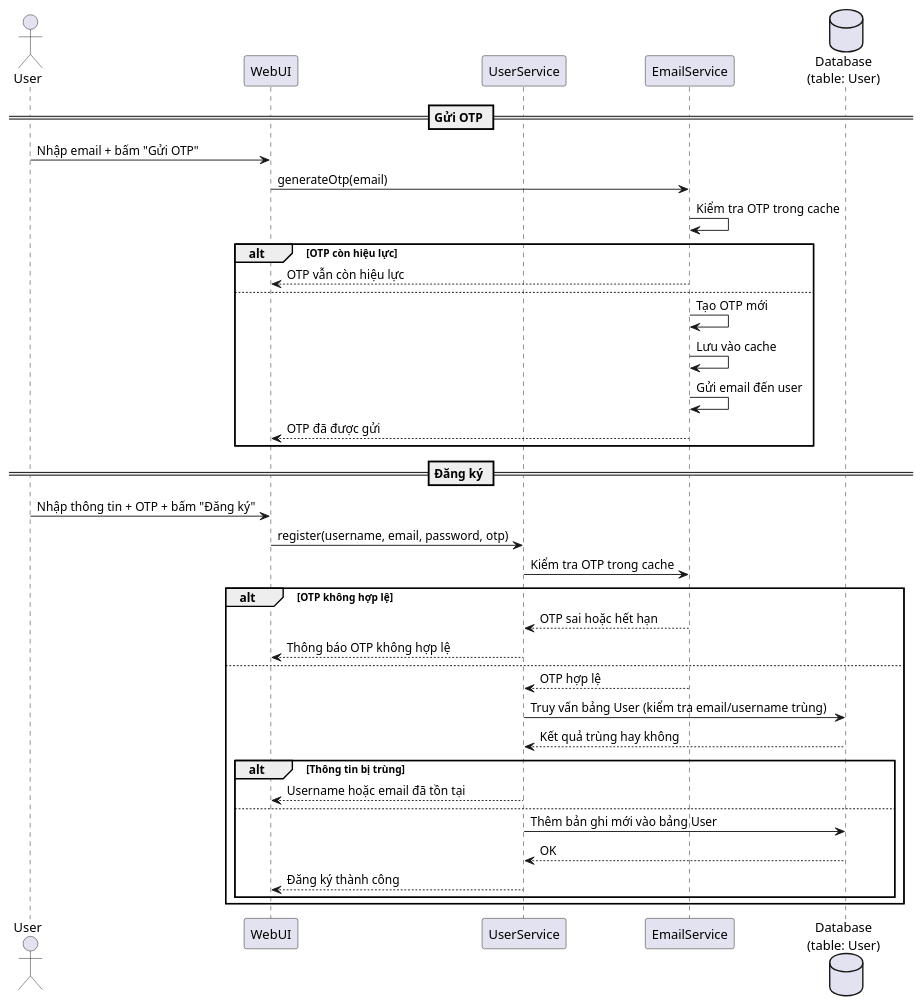
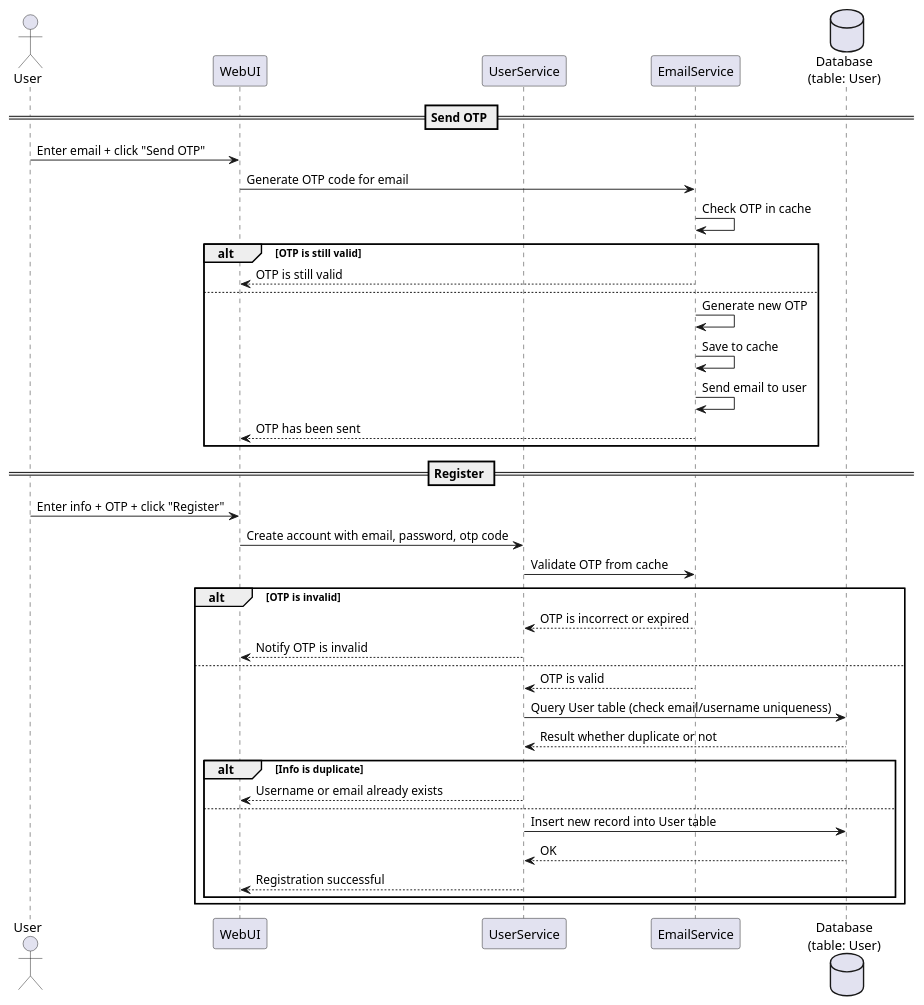
One commit to twicelike/project-newjeans changed the diagram in diagram/Register_Sequence.md. Above: the diagram before and after it, drawn with PlantUML. The commit also changed 6 other files, not shown here.

````diff
--- a/diagram/Register_Sequence.md
+++ b/diagram/Register_Sequence.md
@@ -1,43 +1,42 @@
 ```uml
-
 @startuml
 actor User
 participant WebUI
 participant UserService
 participant EmailService
 database "Database\n(table: User)" as Database
 
-== Gửi OTP ==
-User -> WebUI: Nhập email + bấm "Gửi OTP"
-WebUI -> EmailService: generateOtp(email)
-EmailService -> EmailService: Kiểm tra OTP trong cache
-alt OTP còn hiệu lực
-    EmailService --> WebUI: OTP vẫn còn hiệu lực
+== Send OTP ==
+User -> WebUI: Enter email + click "Send OTP"
+WebUI -> EmailService: Generate OTP code for email
+EmailService -> EmailService: Check OTP in cache
+alt OTP is still valid
+    EmailService --> WebUI: OTP is still valid
 else
-    EmailService -> EmailService: Tạo OTP mới
-    EmailService -> EmailService: Lưu vào cache
-    EmailService -> EmailService: Gửi email đến user
-    EmailService --> WebUI: OTP đã được gửi
+    EmailService -> EmailService: Generate new OTP
+    EmailService -> EmailService: Save to cache
+    EmailService -> EmailService: Send email to user
+    EmailService --> WebUI: OTP has been sent
 end
 
-== Đăng ký ==
-User -> WebUI: Nhập thông tin + OTP + bấm "Đăng ký"
-WebUI -> UserService: register(username, email, password, otp)
-UserService -> EmailService: Kiểm tra OTP trong cache
-alt OTP không hợp lệ
-    EmailService --> UserService: OTP sai hoặc hết hạn
-    UserService --> WebUI: Thông báo OTP không hợp lệ
+== Register ==
+User -> WebUI: Enter info + OTP + click "Register"
+WebUI -> UserService: Create account with email, password, otp code
+UserService -> EmailService: Validate OTP from cache
+alt OTP is invalid
+    EmailService --> UserService: OTP is incorrect or expired
+    UserService --> WebUI: Notify OTP is invalid
 else
-    EmailService --> UserService: OTP hợp lệ
-    UserService -> Database: Truy vấn bảng User (kiểm tra email/username trùng)
-    Database --> UserService: Kết quả trùng hay không
-    alt Thông tin bị trùng
-        UserService --> WebUI: Username hoặc email đã tồn tại
+    EmailService --> UserService: OTP is valid
+    UserService -> Database: Query User table (check email/username uniqueness)
+    Database --> UserService: Result whether duplicate or not
+    alt Info is duplicate
+        UserService --> WebUI: Username or email already exists
     else
-        UserService -> Database: Thêm bản ghi mới vào bảng User
+        UserService -> Database: Insert new record into User table
         Database --> UserService: OK
-        UserService --> WebUI: Đăng ký thành công
+        UserService --> WebUI: Registration successful
     end
 end
 @enduml
 ```
````
